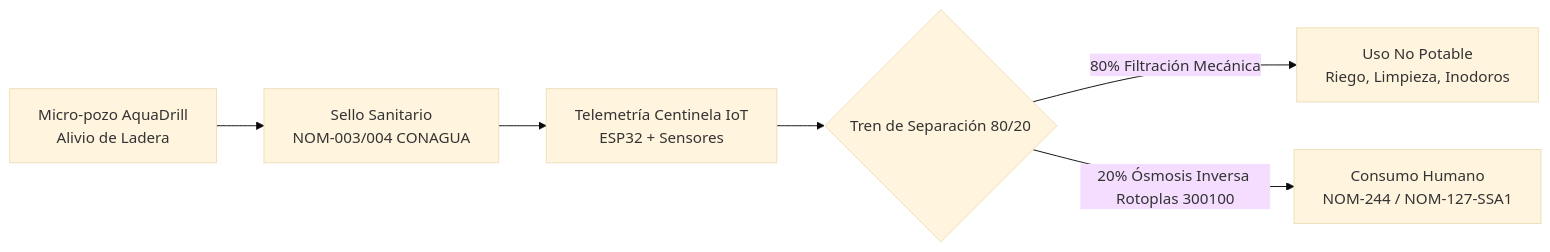
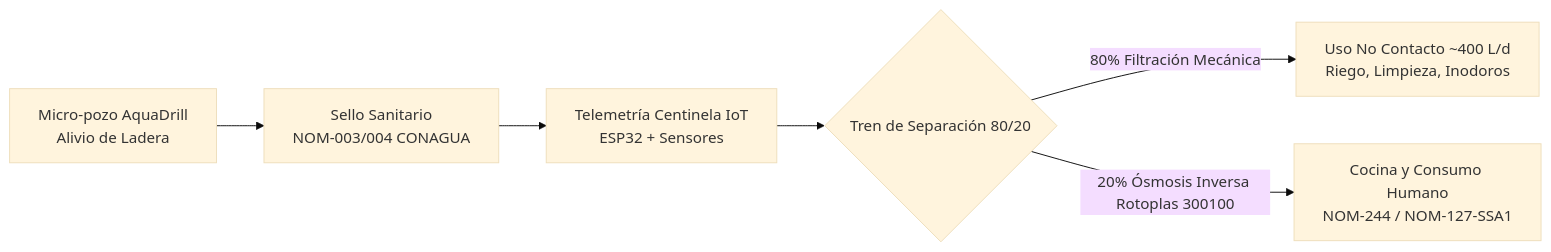
One commit to quecrap/aguadegia changed the diagram in README.md. Above: the diagram before and after it, drawn with Mermaid (base theme). The commit also changed other lines of this file and 6 other files, not shown here.

````diff
--- a/README.md
+++ b/README.md
@@ -49,8 +50,8 @@
 ```mermaid
 graph LR
     A[Micro-pozo AquaDrill<br>Alivio de Ladera] --> B[Sello Sanitario<br>NOM-003/004 CONAGUA]
     B --> C[Telemetría Centinela IoT<br>ESP32 + Sensores]
     C --> D{Tren de Separación 80/20}
-    D -->|80% Filtración Mecánica| E[Uso No Potable<br>Riego, Limpieza, Inodoros]
-    D -->|20% Ósmosis Inversa Rotoplas 300100| F[Consumo Humano<br>NOM-244 / NOM-127-SSA1]
+    D -->|80% Filtración Mecánica| E[Uso No Contacto ~400 L/d<br>Riego, Limpieza, Inodoros]
+    D -->|20% Ósmosis Inversa Rotoplas 300100| F[Cocina y Consumo Humano<br>NOM-244 / NOM-127-SSA1]
 ```
````
